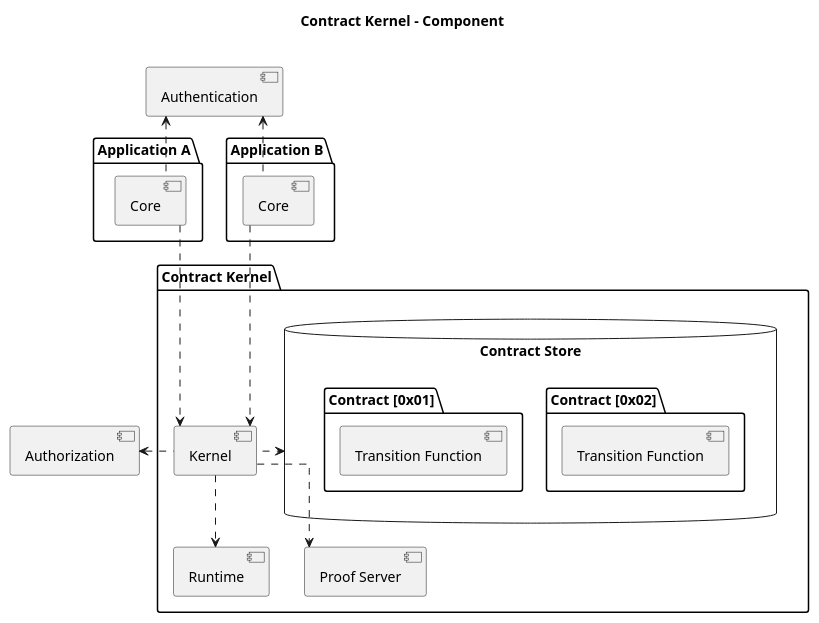
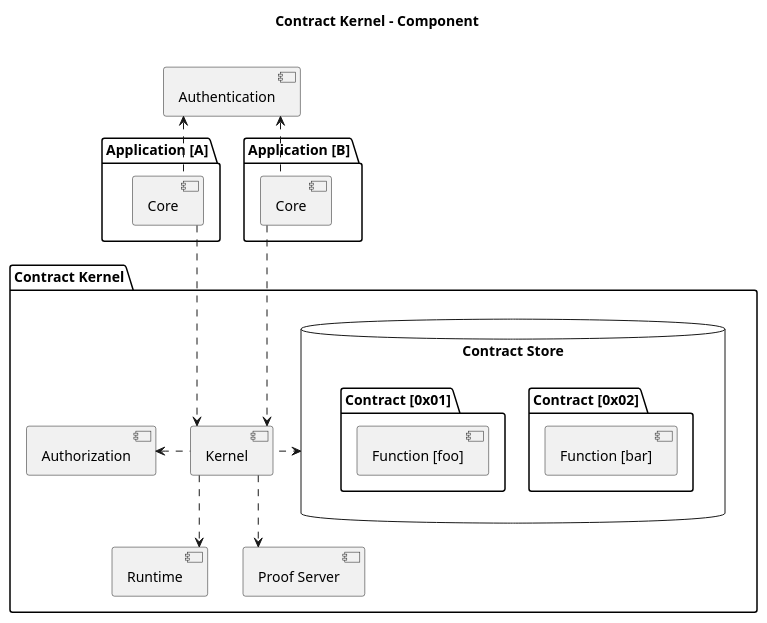
The diagram in user-flows/contract-interaction/contract-kernel/component-diagram/two-contracts-two-apps.puml (midnightntwrk/midnight-architecture), drawn with PlantUML before and after one commit. The commit also changed 11 other files, not shown here.

Commit message:
Update diagrams

```diff
--- a/user-flows/contract-interaction/contract-kernel/component-diagram/two-contracts-two-apps.puml
+++ b/user-flows/contract-interaction/contract-kernel/component-diagram/two-contracts-two-apps.puml
@@ -1,34 +1,35 @@
 @startuml
+
 skinparam componentStyle uml2
 skinparam linetype ortho
 title Contract Kernel - Component\n
-[Authorization] as authorization
 [Authentication] as authentication
-package "Application A" as appA {
+package "Application [A]" as appA {
     [Core] as coreA
 }
-package "Application B" as appB {
+package "Application [B]" as appB {
     [Core] as coreB
 }
 package "Contract Kernel" {
+  [Authorization] as authorization
   [Kernel] as kernel
   [Runtime] as runtime
   [Proof Server] as proofServer
   database "Contract Store" as contractStore {
     package "Contract [0x02]" {
-      [Transition Function] as transFunc2
+      component "Function [bar]" as transFunc2
     }
     package "Contract [0x01]" {
-      [Transition Function] as transFunc1
+      component "Function [foo]" as transFunc1
     }
   }
   kernel ..> proofServer
   kernel ..> runtime
   kernel .left...> contractStore
+  kernel .left.> authorization
 }
 coreA .up.> authentication
 coreB .up.> authentication
 coreA .down.> kernel
 coreB .down.> kernel
-kernel .left.> authorization
 @enduml
```
